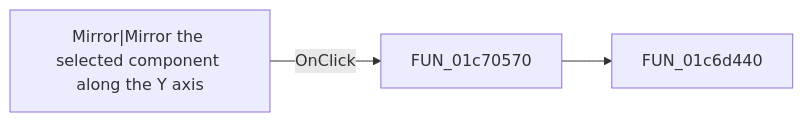
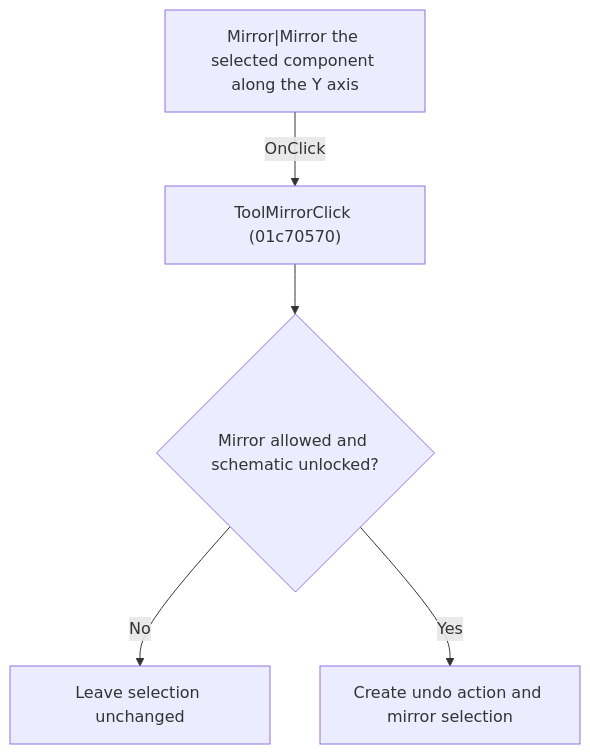
One commit to MovGP0/TIARA changed the diagram in docs/ui-controls/schematiceditor/toolmirror-a54fbcd5e3.md. Above: the diagram before and after it, drawn with Mermaid. The commit also changed other lines of this file and 1062 other files, not shown here.

````diff
--- a/docs/ui-controls/schematiceditor/toolmirror-a54fbcd5e3.md
+++ b/docs/ui-controls/schematiceditor/toolmirror-a54fbcd5e3.md
@@ -27,5 +27,7 @@
 ```mermaid
-flowchart LR
-    control["Mirror|Mirror the selected component along the Y axis"] -->|OnClick| handler["FUN_01c70570"]
-    handler --> call1["FUN_01c6d440"]
+flowchart TD
+    control["Mirror|Mirror the selected component along the Y axis"] -->|"OnClick"| handler["ToolMirrorClick (01c70570)"]
+    handler --> guard{"Mirror allowed and schematic unlocked?"}
+    guard -->|"No"| noChange["Leave selection unchanged"]
+    guard -->|"Yes"| action["Create undo action and mirror selection"]
 ```
````
